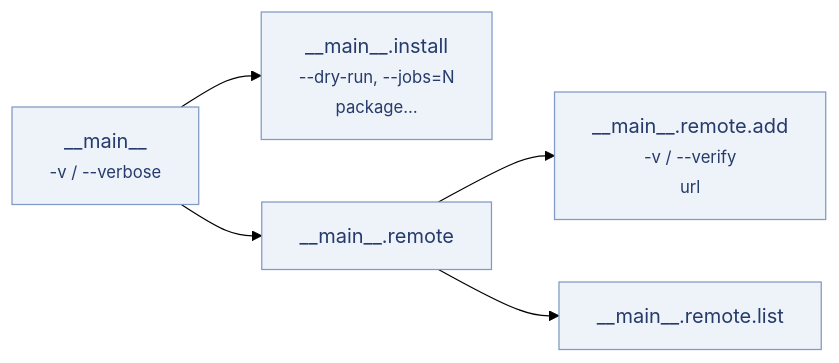
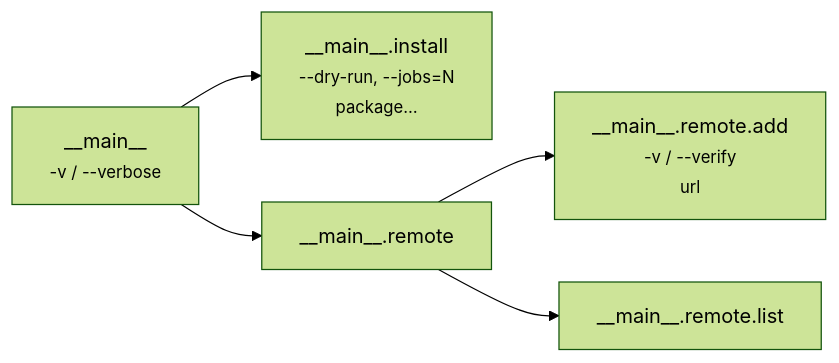
One commit to ambhora/kaira changed the diagram in docs/examples/nested.md. Above: the diagram before and after it, drawn with Mermaid (forest theme). The commit also changed 8 other files, not shown here.

````diff
--- a/docs/examples/nested.md
+++ b/docs/examples/nested.md
@@ -14,9 +14,7 @@
 ```mermaid
 flowchart LR
     P["__main__<br/><small>-v / --verbose</small>"] --> I["__main__.install<br/><small>--dry-run, --jobs=N</small><br/><small>package…</small>"]
     P --> R["__main__.remote"]
     R --> RA["__main__.remote.add<br/><small>-v / --verify</small><br/><small>url</small>"]
     R --> RL["__main__.remote.list"]
-    classDef lvl fill:#eef2f9,stroke:#7f9ac4,color:#243b6b;
-    class P,I,R,RA,RL lvl;
 ```
````
